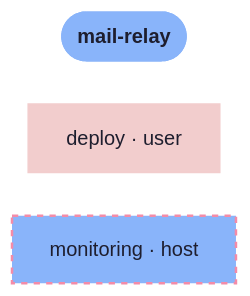
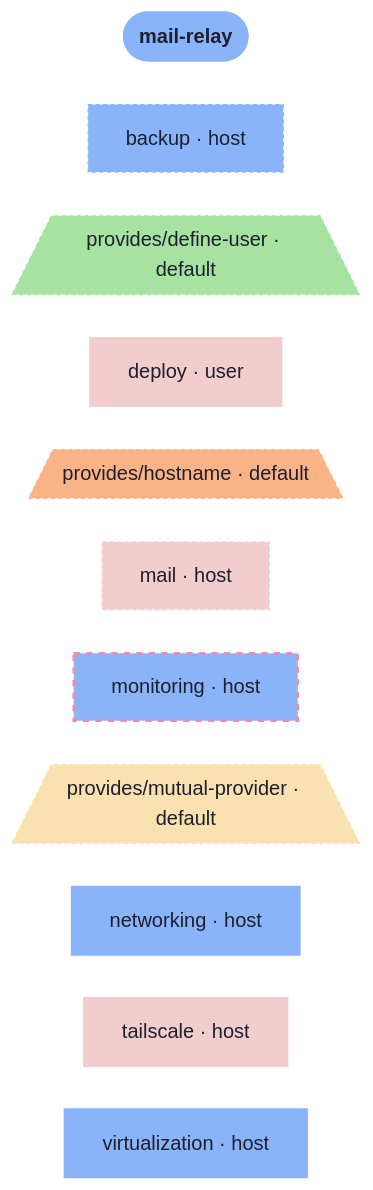
The diagram in templates/diag-fx-demo/diagrams/mail-relay-orphans.md (sini/den), drawn with Mermaid before and after one commit. The commit also changed 849 other files, not shown here.

Commit message:
chore: update fx diagrams

````diff
--- a/templates/diag-fx-demo/diagrams/mail-relay-orphans.md
+++ b/templates/diag-fx-demo/diagrams/mail-relay-orphans.md
@@ -5,12 +5,28 @@
 ```mermaid
 %%{init: {"elk":{"mergeEdges":true,"nodePlacementStrategy":"BRANDES_KOEPF"},"layout":"elk","theme":"base","themeVariables":{"activationBkgColor":"#313244","activationBorderColor":"#6c7086","actorBkg":"#313244","actorBorder":"#a6adc8","actorLineColor":"#a6adc8","actorTextColor":"#cdd6f4","background":"#1e1e2e","classText":"#cdd6f4","clusterBkg":"#313244","clusterBorder":"#6c7086","edgeLabelBackground":"#1e1e2e","labelBoxBkgColor":"#313244","labelBoxBorderColor":"#a6adc8","labelTextColor":"#cdd6f4","lineColor":"#a6adc8","loopTextColor":"#cdd6f4","mainBkg":"#313244","nodeBkg":"#313244","nodeBorder":"#a6adc8","nodeTextColor":"#cdd6f4","noteBkgColor":"#313244","noteBorderColor":"#6c7086","noteTextColor":"#cdd6f4","pie1":"#f38ba8","pie2":"#fab387","pie3":"#f9e2af","pie4":"#a6e3a1","pie5":"#94e2d5","pie6":"#89b4fa","pie7":"#cba6f7","pie8":"#f2cdcd","pieLegendTextColor":"#cdd6f4","pieOuterStrokeColor":"#6c7086","pieSectionTextColor":"#cdd6f4","pieStrokeColor":"#6c7086","pieTitleTextColor":"#cdd6f4","primaryBorderColor":"#a6adc8","primaryColor":"#313244","primaryTextColor":"#cdd6f4","secondBkg":"#313244","secondaryBorderColor":"#6c7086","secondaryColor":"#313244","secondaryTextColor":"#cdd6f4","sequenceNumberColor":"#1e1e2e","signalColor":"#a6adc8","signalTextColor":"#cdd6f4","tertiaryBorderColor":"#6c7086","tertiaryColor":"#313244","tertiaryTextColor":"#cdd6f4","textColor":"#cdd6f4","titleColor":"#cdd6f4"}}}%%
 graph LR
   mail_relay([mail-relay]):::root
+  backup["backup · host"]:::backup_c
+  den__provides__define_user[/"provides/define-user · default"\]:::den__provides__define_user_c
   deploy["deploy · user"]:::deploy_c
+  den__provides__hostname[/"provides/hostname · default"\]:::den__provides__hostname_c
+  mail["mail · host"]:::mail_c
   monitoring["monitoring · host"]:::monitoring_c
+  den__provides__mutual_provider[/"provides/mutual-provider · default"\]:::den__provides__mutual_provider_c
+  networking["networking · host"]:::networking_c
+  tailscale["tailscale · host"]:::tailscale_c
+  virtualization["virtualization · host"]:::virtualization_c
 
 
   classDef root fill:#89b4fa,stroke:#89b4fa,color:#1e1e2e,font-weight:bold
+  classDef backup_c fill:#89b4fa,stroke:#89b4fa,color:#1e1e2e,stroke-dasharray: 3 3,stroke-width:1px
+  classDef den__provides__define_user_c fill:#a6e3a1,stroke:#a6e3a1,color:#1e1e2e,stroke-dasharray: 3 3,stroke-width:1px
   classDef deploy_c fill:#f2cdcd,stroke:#f2cdcd,color:#1e1e2e,stroke-width:2px
+  classDef den__provides__hostname_c fill:#fab387,stroke:#fab387,color:#1e1e2e,stroke-dasharray: 3 3,stroke-width:1px
+  classDef mail_c fill:#f2cdcd,stroke:#f2cdcd,color:#1e1e2e,stroke-dasharray: 3 3,stroke-width:1px
   classDef monitoring_c fill:#89b4fa,stroke:#f38ba8,color:#1e1e2e,stroke-dasharray: 5 5,stroke-width:2px
+  classDef den__provides__mutual_provider_c fill:#f9e2af,stroke:#f9e2af,color:#1e1e2e,stroke-dasharray: 3 3,stroke-width:1px
+  classDef networking_c fill:#89b4fa,stroke:#89b4fa,color:#1e1e2e,stroke-width:2px
+  classDef tailscale_c fill:#f2cdcd,stroke:#f2cdcd,color:#1e1e2e,stroke-width:2px
+  classDef virtualization_c fill:#89b4fa,stroke:#89b4fa,color:#1e1e2e,stroke-width:2px
 ```
````
